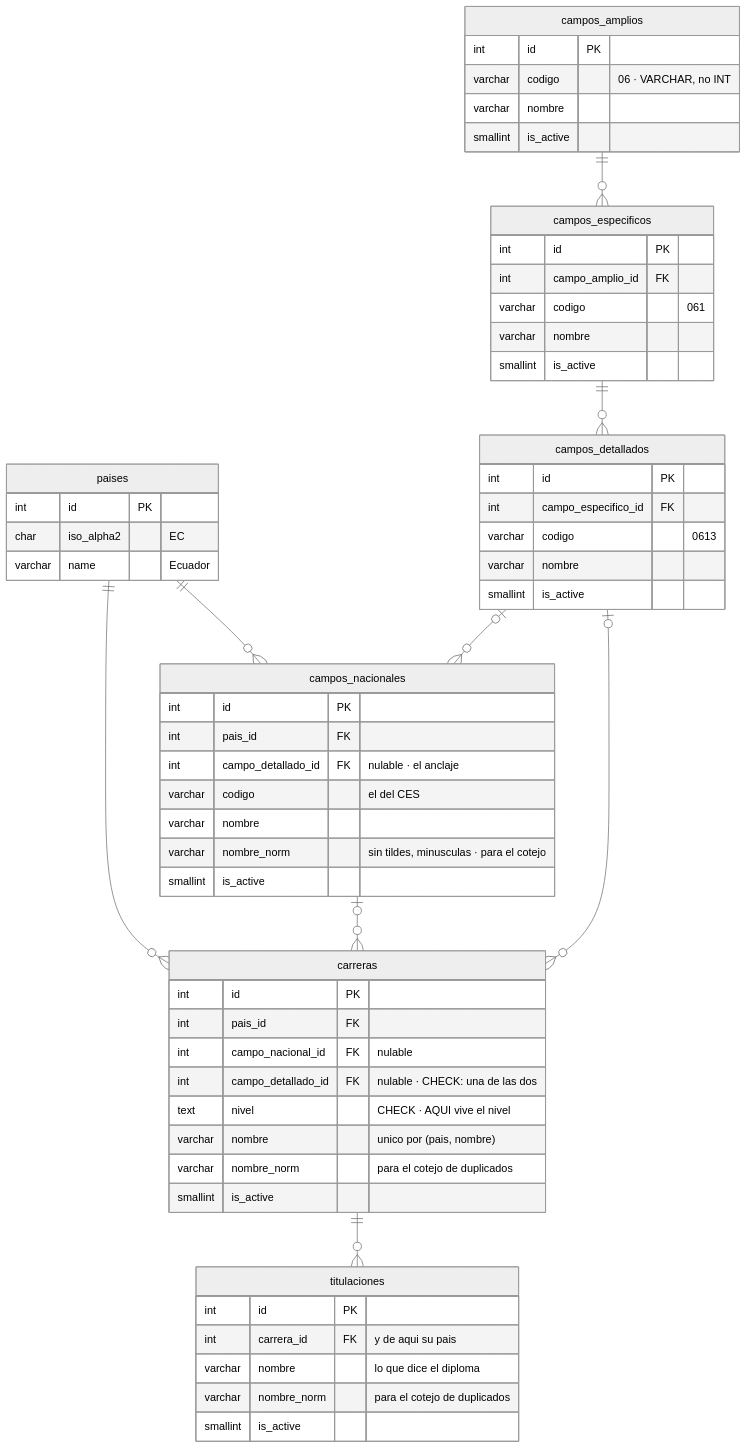
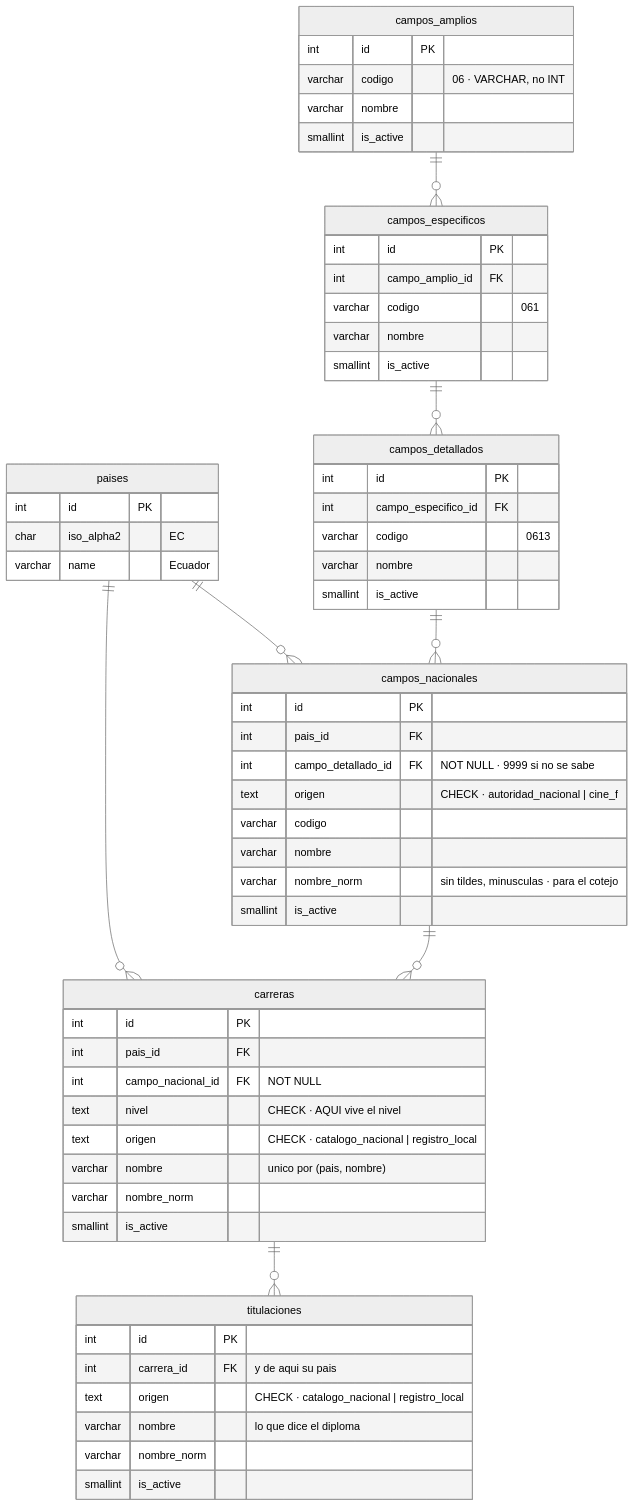
One commit to fresvel/deasy changed the fifth of 8 diagrams in docs/src/content/docs/complemento/expediente.md. Above: the diagram before and after it, drawn with Mermaid (neutral theme). The commit also changed other lines of this file and 1 other file, not shown here.

First line of the commit message:
docs(expediente): fuera el texto libre, una sola relacion a la norma, y el subtipo bien dibujado

````diff
--- a/docs/src/content/docs/complemento/expediente.md
+++ b/docs/src/content/docs/complemento/expediente.md
@@ -334,69 +345,70 @@
 ```mermaid
 erDiagram
   paises ||--o{ campos_nacionales : ""
   paises ||--o{ carreras : ""
   campos_amplios ||--o{ campos_especificos : ""
   campos_especificos ||--o{ campos_detallados : ""
-  campos_detallados |o--o{ campos_nacionales : ""
-  campos_nacionales |o--o{ carreras : ""
-  campos_detallados |o--o{ carreras : ""
+  campos_detallados ||--o{ campos_nacionales : ""
+  campos_nacionales ||--o{ carreras : ""
   carreras ||--o{ titulaciones : ""
 
   paises {
     int id PK
     char iso_alpha2 "EC"
     varchar name "Ecuador"
   }
 
   campos_amplios {
     int id PK
     varchar codigo "06 · VARCHAR, no INT"
     varchar nombre
     smallint is_active
   }
 
   campos_especificos {
     int id PK
     int campo_amplio_id FK
     varchar codigo "061"
     varchar nombre
     smallint is_active
   }
 
   campos_detallados {
     int id PK
     int campo_especifico_id FK
     varchar codigo "0613"
     varchar nombre
     smallint is_active
   }
 
   campos_nacionales {
     int id PK
     int pais_id FK
-    int campo_detallado_id FK "nulable · el anclaje"
-    varchar codigo "el del CES"
+    int campo_detallado_id FK "NOT NULL · 9999 si no se sabe"
+    text origen "CHECK · autoridad_nacional | cine_f"
+    varchar codigo
     varchar nombre
     varchar nombre_norm "sin tildes, minusculas · para el cotejo"
     smallint is_active
   }
 
   carreras {
     int id PK
     int pais_id FK
-    int campo_nacional_id FK "nulable"
-    int campo_detallado_id FK "nulable · CHECK: una de las dos"
+    int campo_nacional_id FK "NOT NULL"
     text nivel "CHECK · AQUI vive el nivel"
+    text origen "CHECK · catalogo_nacional | registro_local"
     varchar nombre "unico por (pais, nombre)"
-    varchar nombre_norm "para el cotejo de duplicados"
+    varchar nombre_norm
     smallint is_active
   }
 
   titulaciones {
     int id PK
     int carrera_id FK "y de aqui su pais"
+    text origen "CHECK · catalogo_nacional | registro_local"
     varchar nombre "lo que dice el diploma"
-    varchar nombre_norm "para el cotejo de duplicados"
+    varchar nombre_norm
     smallint is_active
   }
 ```
````
